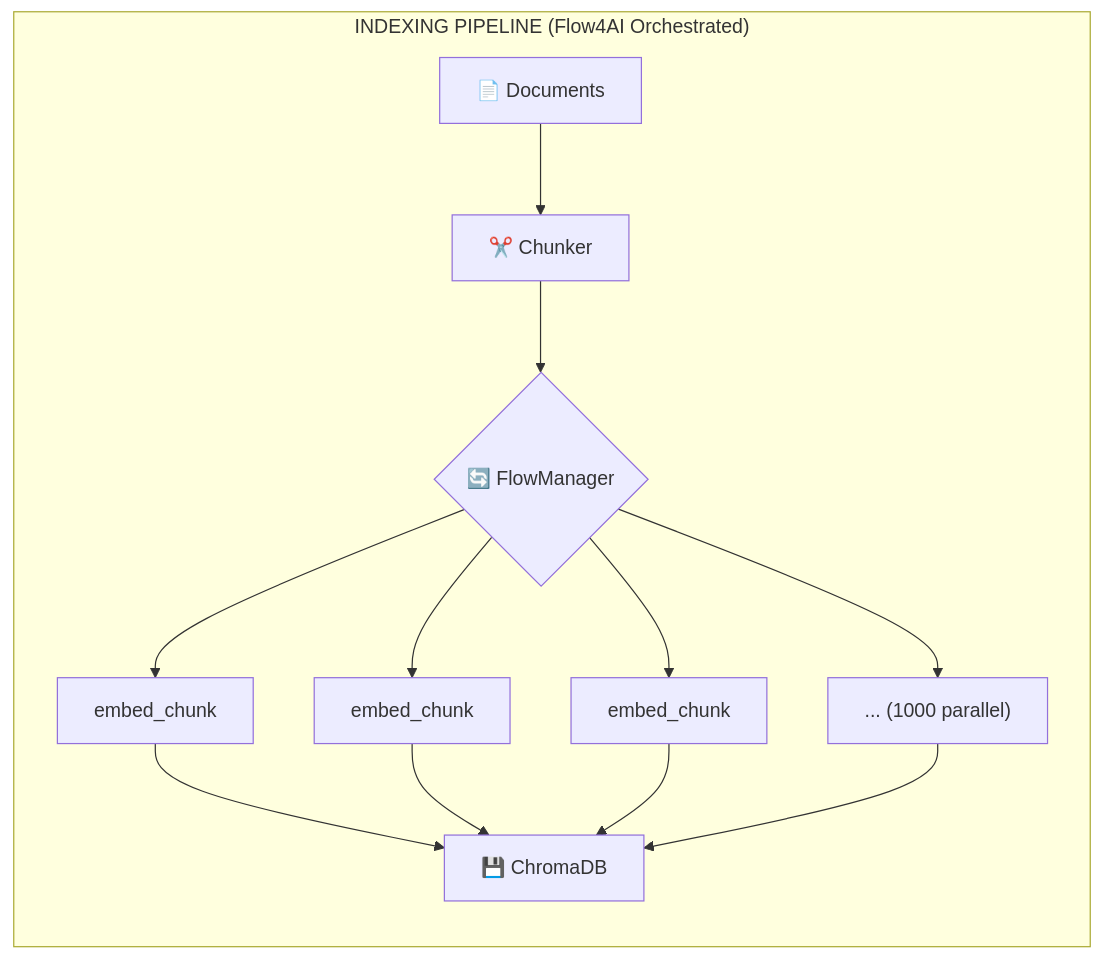
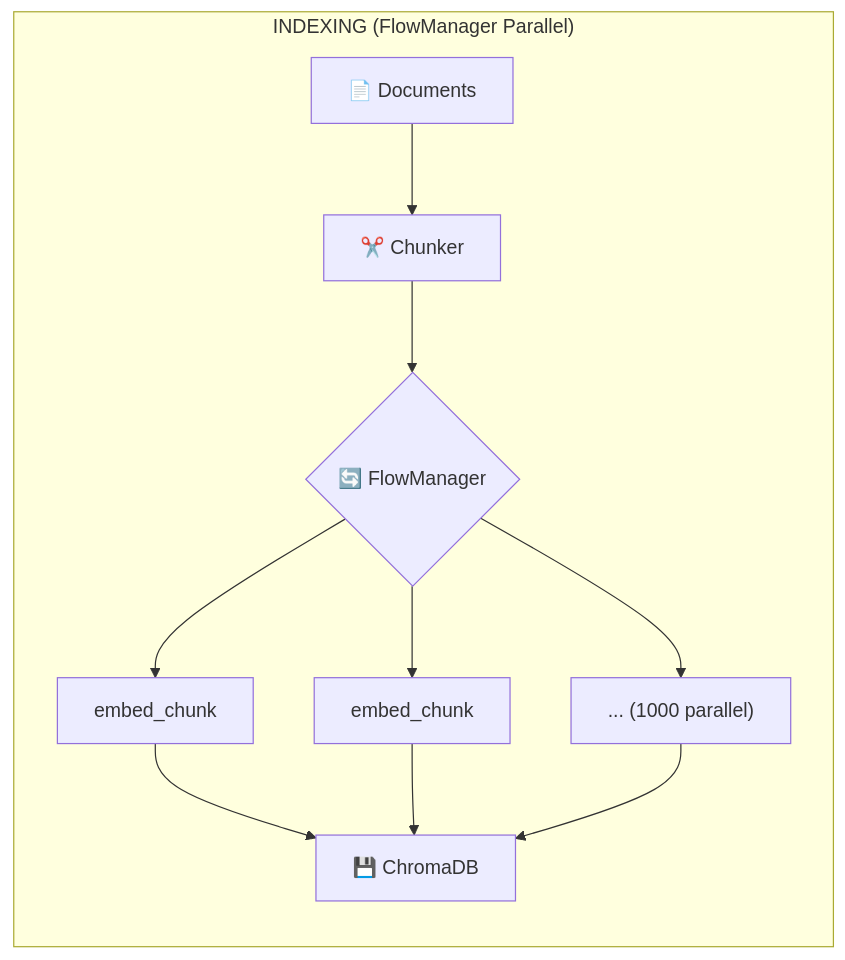
The first of 2 diagrams in examples/integrations/parallel_rag/README.md (dav-rob/Flow4AI), drawn with Mermaid before and after one commit. The commit also changed other lines of this file and 3 other files, not shown here.

First line of the commit message:
feat(rag): Add FlowManager query pipeline with j_ctx chaining

````diff
--- a/examples/integrations/parallel_rag/README.md
+++ b/examples/integrations/parallel_rag/README.md
@@ -7,15 +7,13 @@
 ```mermaid
 graph LR
-    subgraph "INDEXING PIPELINE (Flow4AI Orchestrated)"
+    subgraph "INDEXING (FlowManager Parallel)"
         A[📄 Documents] --> B[✂️ Chunker]
         B --> C{🔄 FlowManager}
         C --> D1[embed_chunk]
         C --> D2[embed_chunk]
-        C --> D3[embed_chunk]
-        C --> D4["... (1000 parallel)"]
+        C --> D3["... (1000 parallel)"]
         D1 --> E[💾 ChromaDB]
         D2 --> E
         D3 --> E
-        D4 --> E
     end
 ```
````
